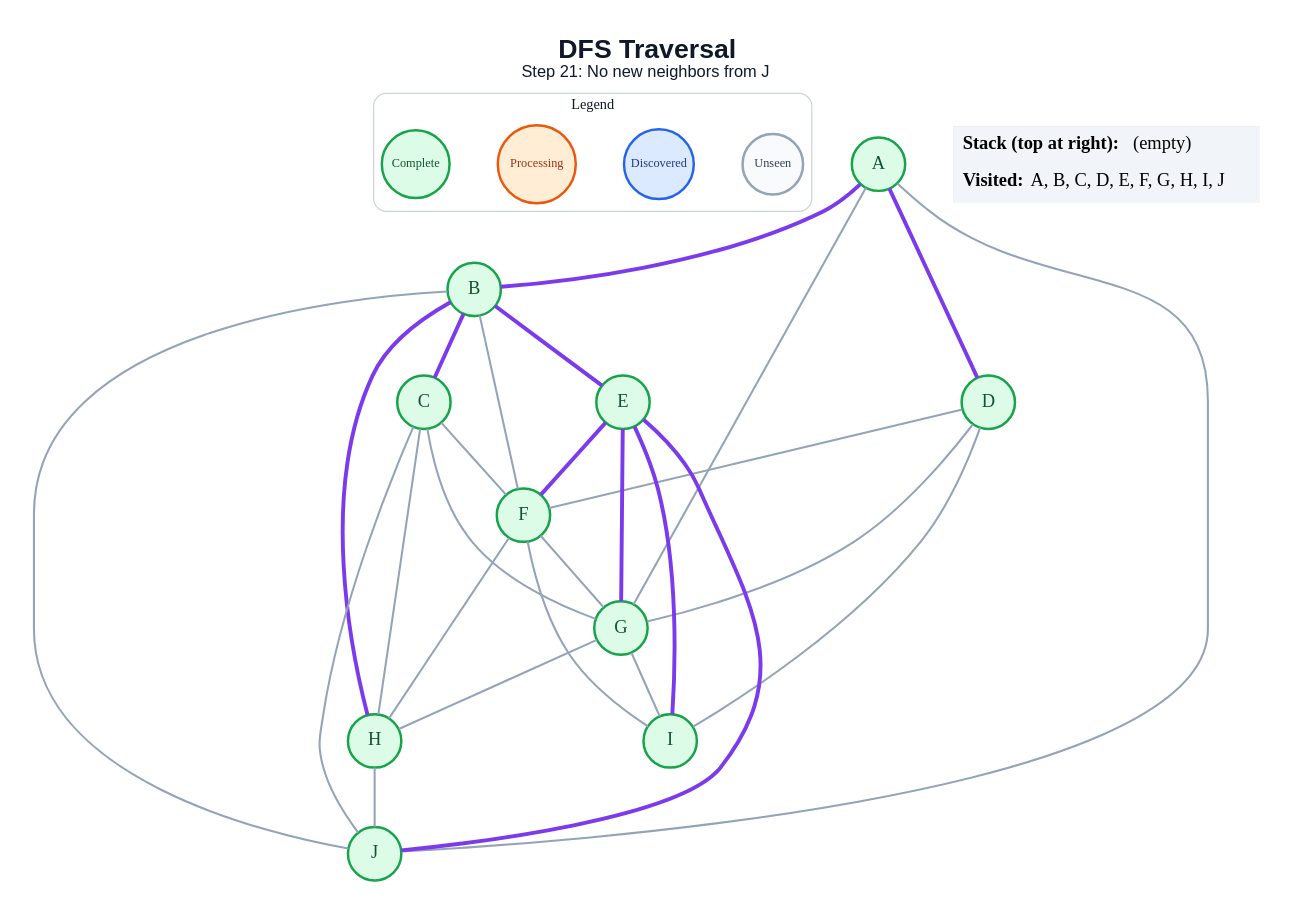
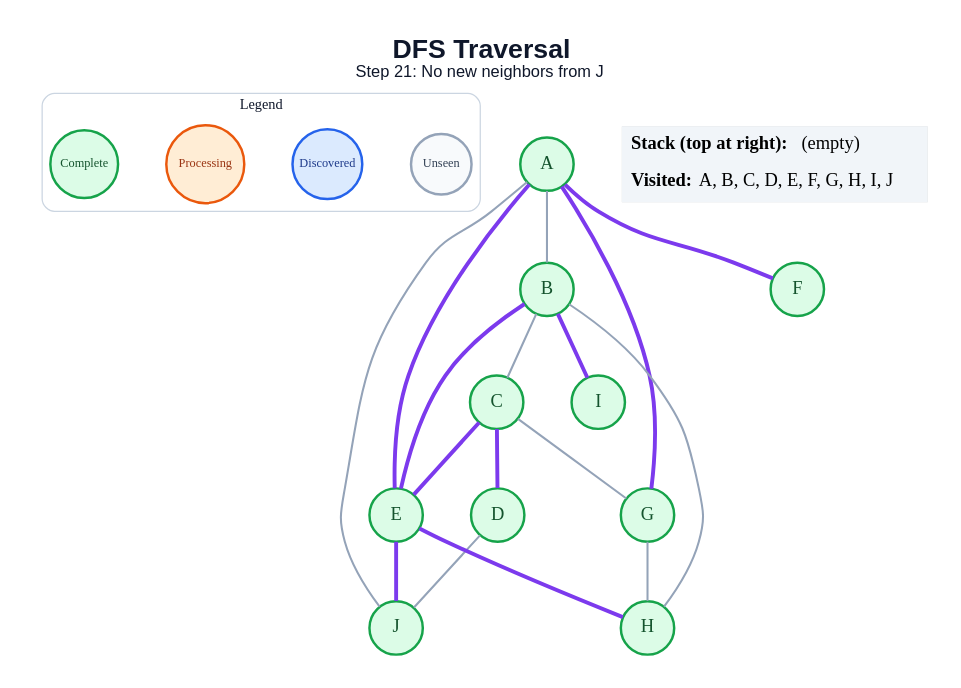
The diagram in generated/specific-node/dfs/step_21.dot (anon7238593-create/ai-slop), drawn with Graphviz before and after one commit. The commit also changed 171 other files, not shown here.

```diff
--- a/generated/specific-node/dfs/step_21.dot
+++ b/generated/specific-node/dfs/step_21.dot
@@ -1,55 +1,45 @@
 graph traversal {
   graph [layout=dot, rankdir=TB, bgcolor="#FFFFFF", pad="0.35", nodesep="0.65", ranksep="0.8", fontname="Arial"];
   node [shape=circle, style="filled", fontname="Arial Bold", fontsize=18, width=0.72, fixedsize=true, penwidth=2.4];
   edge [color="#94A3B8", penwidth=2.0];
   label=<<B>DFS Traversal</B><BR/><FONT POINT-SIZE="16">Step 21: No new neighbors from J</FONT>>; labelloc="t"; fontsize=26; fontname="Arial"; fontcolor="#0F172A";
   subgraph cluster_legend { label="Legend"; color="#CBD5E1"; penwidth=1.2; style="rounded"; fontsize=14; fontname="Arial Bold";
     key_unseen [label="Unseen", fillcolor="#F8FAFC", color="#94A3B8", fontcolor="#334155", fontsize=12, width=0.82];
     key_frontier [label="Discovered", fillcolor="#DBEAFE", color="#2563EB", fontcolor="#1E3A8A", fontsize=12, width=0.95];
     key_current [label="Processing", fillcolor="#FFEDD5", color="#EA580C", fontcolor="#9A3412", fontsize=12, width=1.05];
     key_done [label="Complete", fillcolor="#DCFCE7", color="#16A34A", fontcolor="#14532D", fontsize=12, width=0.92];
     { rank=same; key_unseen; key_frontier; key_current; key_done; }
   }
   A [fillcolor="#DCFCE7", color="#16A34A", fontcolor="#14532D"];
   B [fillcolor="#DCFCE7", color="#16A34A", fontcolor="#14532D"];
   C [fillcolor="#DCFCE7", color="#16A34A", fontcolor="#14532D"];
   D [fillcolor="#DCFCE7", color="#16A34A", fontcolor="#14532D"];
   E [fillcolor="#DCFCE7", color="#16A34A", fontcolor="#14532D"];
   F [fillcolor="#DCFCE7", color="#16A34A", fontcolor="#14532D"];
   G [fillcolor="#DCFCE7", color="#16A34A", fontcolor="#14532D"];
   H [fillcolor="#DCFCE7", color="#16A34A", fontcolor="#14532D"];
   I [fillcolor="#DCFCE7", color="#16A34A", fontcolor="#14532D"];
   J [fillcolor="#DCFCE7", color="#16A34A", fontcolor="#14532D"];
-  A -- B [color="#7C3AED", penwidth=3.8];
-  A -- D [color="#7C3AED", penwidth=3.8];
-  A -- G;
+  A -- B;
+  A -- E [color="#7C3AED", penwidth=3.8];
+  A -- F [color="#7C3AED", penwidth=3.8];
+  A -- G [color="#7C3AED", penwidth=3.8];
   A -- J;
-  B -- C [color="#7C3AED", penwidth=3.8];
+  B -- C;
   B -- E [color="#7C3AED", penwidth=3.8];
-  B -- F;
-  B -- H [color="#7C3AED", penwidth=3.8];
-  B -- J;
-  C -- F;
+  B -- H;
+  B -- I [color="#7C3AED", penwidth=3.8];
+  C -- D [color="#7C3AED", penwidth=3.8];
+  C -- E [color="#7C3AED", penwidth=3.8];
   C -- G;
-  C -- H;
-  C -- J;
-  D -- F;
-  D -- G;
-  D -- I;
-  E -- F [color="#7C3AED", penwidth=3.8];
-  E -- G [color="#7C3AED", penwidth=3.8];
-  E -- I [color="#7C3AED", penwidth=3.8];
+  D -- J;
+  E -- H [color="#7C3AED", penwidth=3.8];
   E -- J [color="#7C3AED", penwidth=3.8];
-  F -- G;
-  F -- H;
-  F -- I;
   G -- H;
-  G -- I;
-  H -- J;
   status [shape=plain, fixedsize=false, width=0, height=0, margin=0, label=<
     <TABLE BORDER="0" CELLBORDER="0" CELLPADDING="7" BGCOLOR="#F1F5F9">
       <TR><TD ALIGN="LEFT"><B>Stack (top at right):</B> (empty)</TD></TR>
       <TR><TD ALIGN="LEFT"><B>Visited:</B> A, B, C, D, E, F, G, H, I, J</TD></TR>
     </TABLE>
   >];
 }
```
